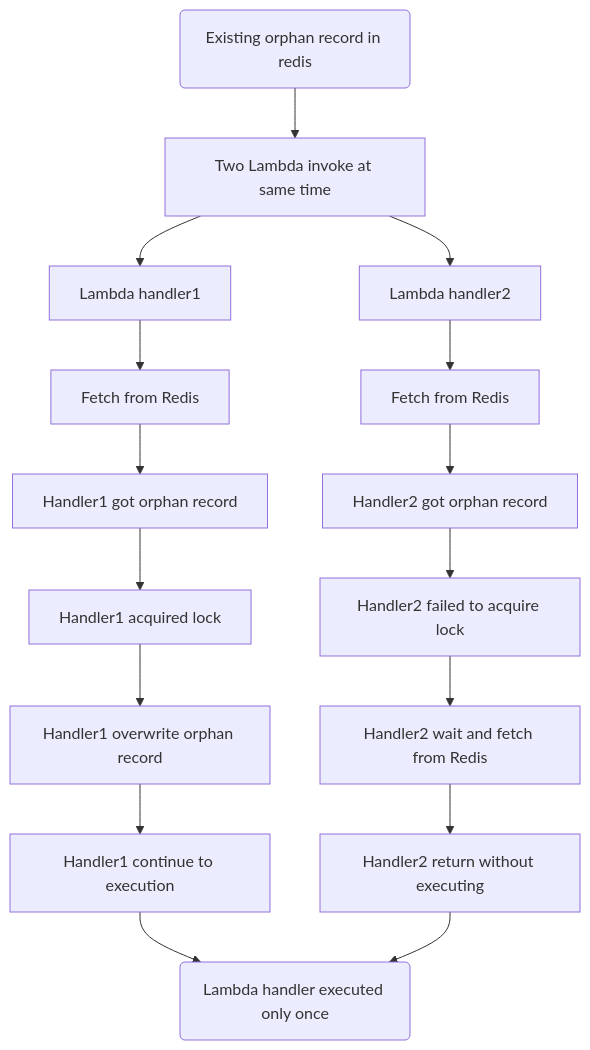
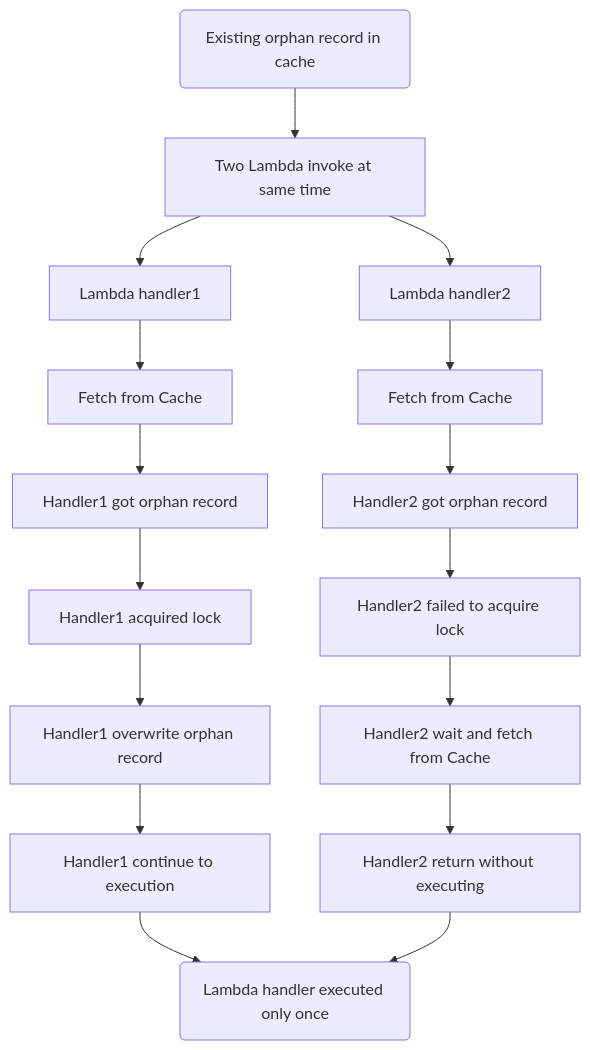
The tenth of 10 diagrams in docs/utilities/idempotency.md (aws-powertools/powertools-lambda-python), drawn with Mermaid before and after one commit. The commit also changed other lines of this file and 10 other files, not shown here.

Commit message:
Replacing Redis with Cache

````diff
--- a/docs/utilities/idempotency.md
+++ b/docs/utilities/idempotency.md
@@ -817,18 +822,18 @@
 ```mermaid
 graph TD;
-    A(Existing orphan record in redis)-->A1;
+    A(Existing orphan record in cache)-->A1;
     A1[Two Lambda invoke at same time]-->B1[Lambda handler1];
-    B1-->B2[Fetch from Redis];
+    B1-->B2[Fetch from Cache];
     B2-->B3[Handler1 got orphan record];
     B3-->B4[Handler1 acquired lock];
     B4-->B5[Handler1 overwrite orphan record]
     B5-->B6[Handler1 continue to execution];
     A1-->C1[Lambda handler2];
-    C1-->C2[Fetch from Redis];
+    C1-->C2[Fetch from Cache];
     C2-->C3[Handler2 got orphan record];
     C3-->C4[Handler2 failed to acquire lock];
-    C4-->C5[Handler2 wait and fetch from Redis];
+    C4-->C5[Handler2 wait and fetch from Cache];
     C5-->C6[Handler2 return without executing];
     B6-->D(Lambda handler executed only once);
     C6-->D;
 ```
````
